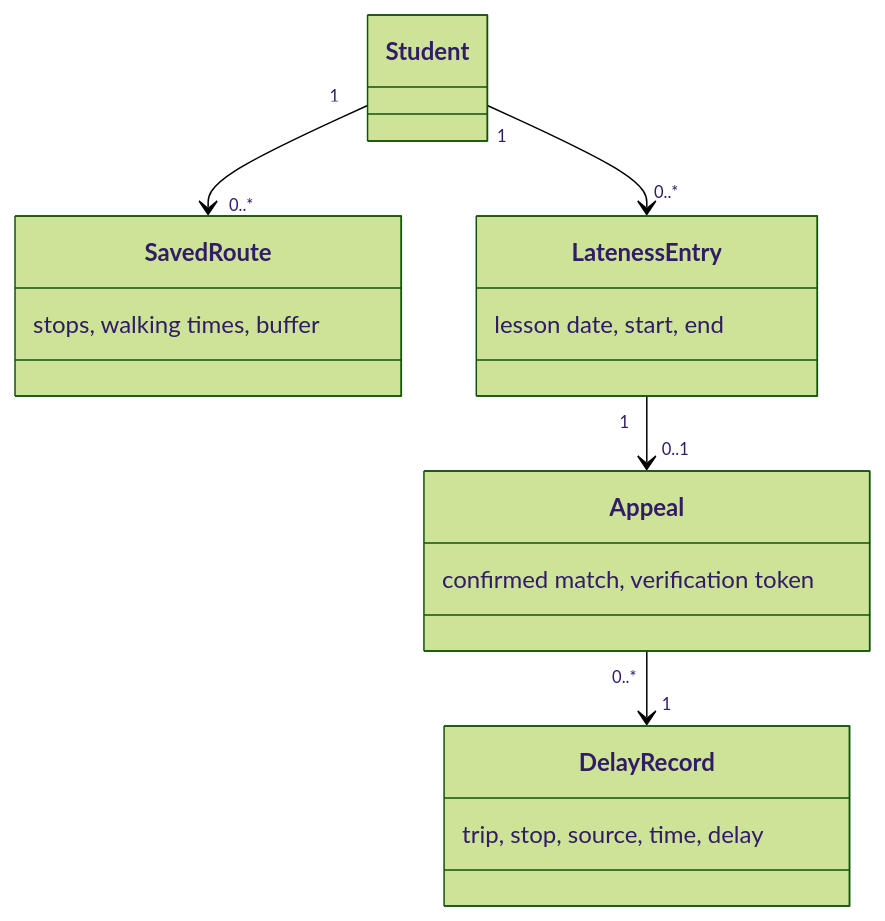
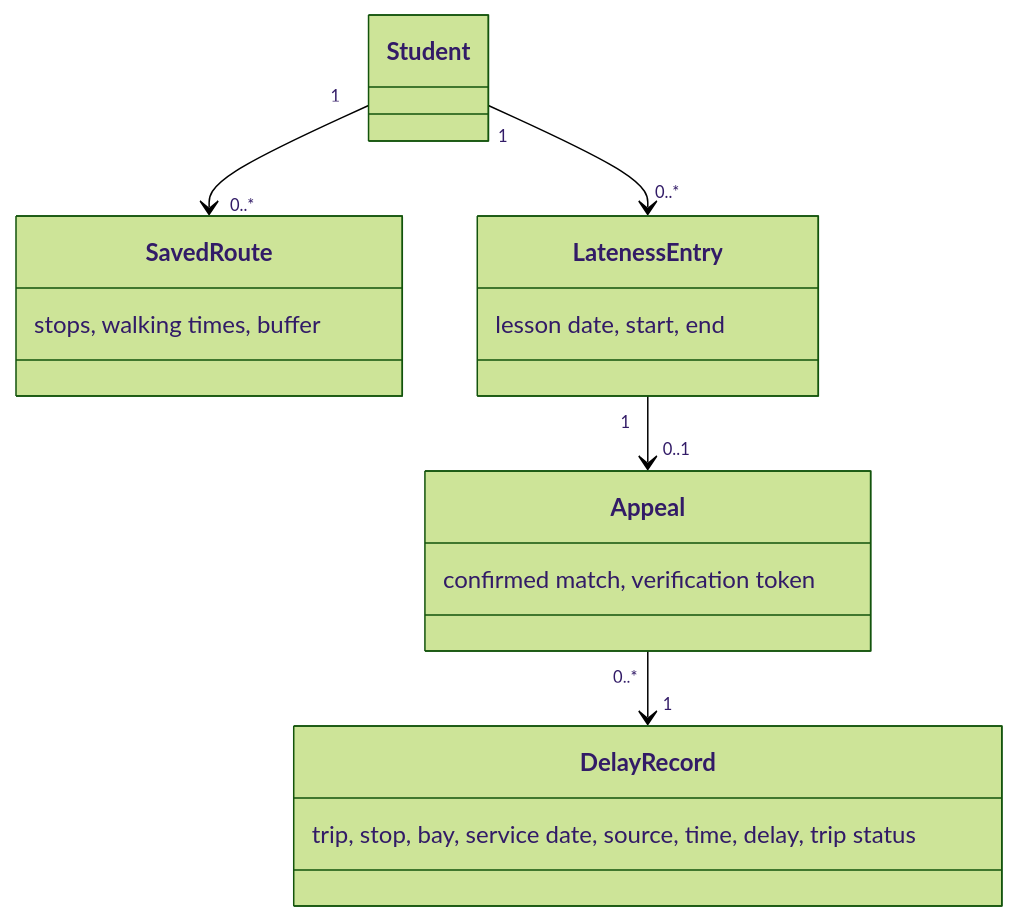
Diagram 19 of 19 in docs/LeoWay-System-Specification.md (LPuehringerStudent/LeoWay), drawn with Mermaid (forest theme) before and after one commit. The commit also changed other lines of this file and 1 other file, not shown here.

First line of the commit message:
docs: describe delay records as one record per change (#48)

````diff
--- a/docs/LeoWay-System-Specification.md
+++ b/docs/LeoWay-System-Specification.md
@@ -760,12 +760,12 @@
 ```mermaid
 %% domain
 classDiagram
   Student "1" --> "0..*" SavedRoute
   Student "1" --> "0..*" LatenessEntry
   LatenessEntry "1" --> "0..1" Appeal
   Appeal "0..*" --> "1" DelayRecord
   SavedRoute : stops, walking times, buffer
   LatenessEntry : lesson date, start, end
-  DelayRecord : trip, stop, source, time, delay
+  DelayRecord : trip, stop, bay, service date, source, time, delay, trip status
   Appeal : confirmed match, verification token
 ```
````
